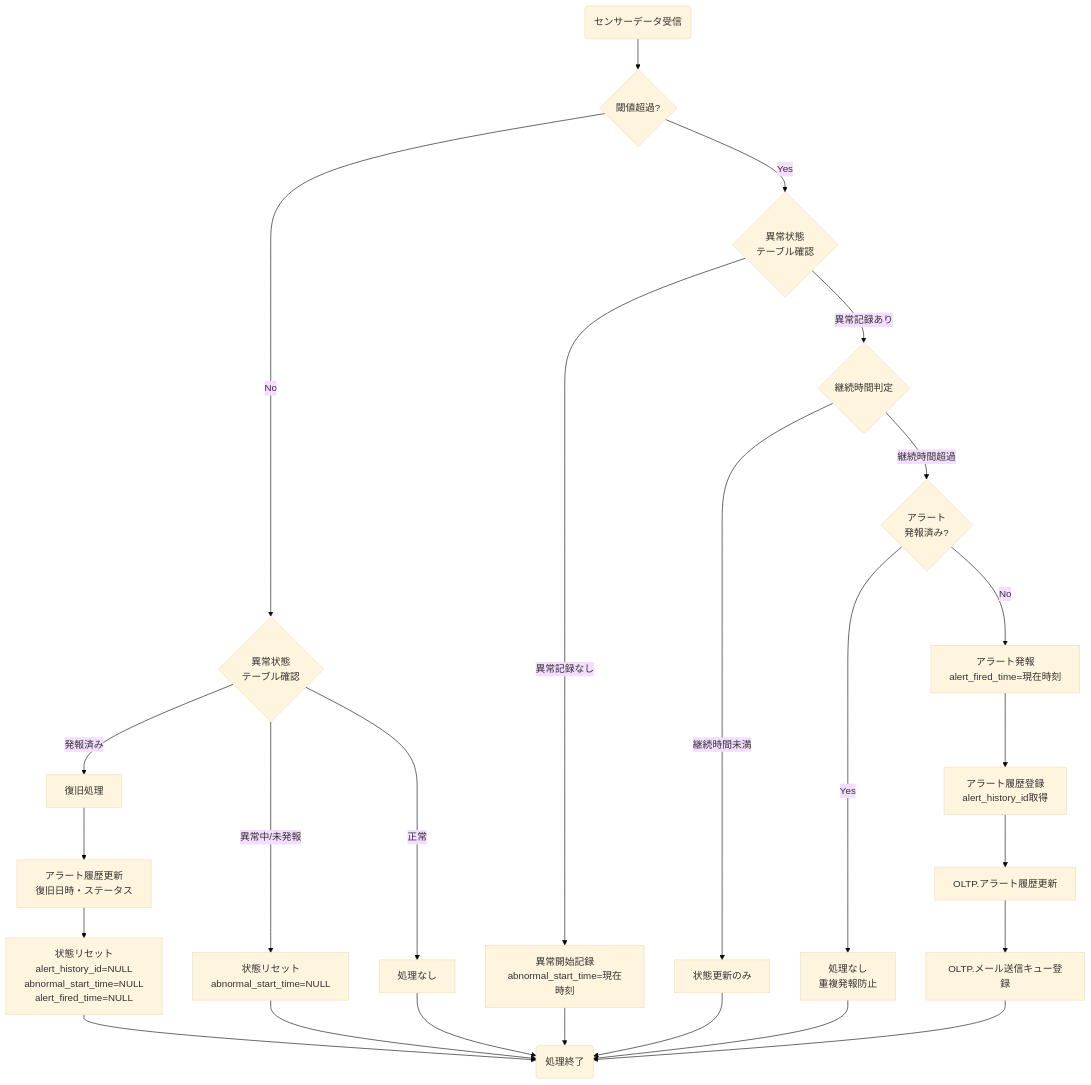
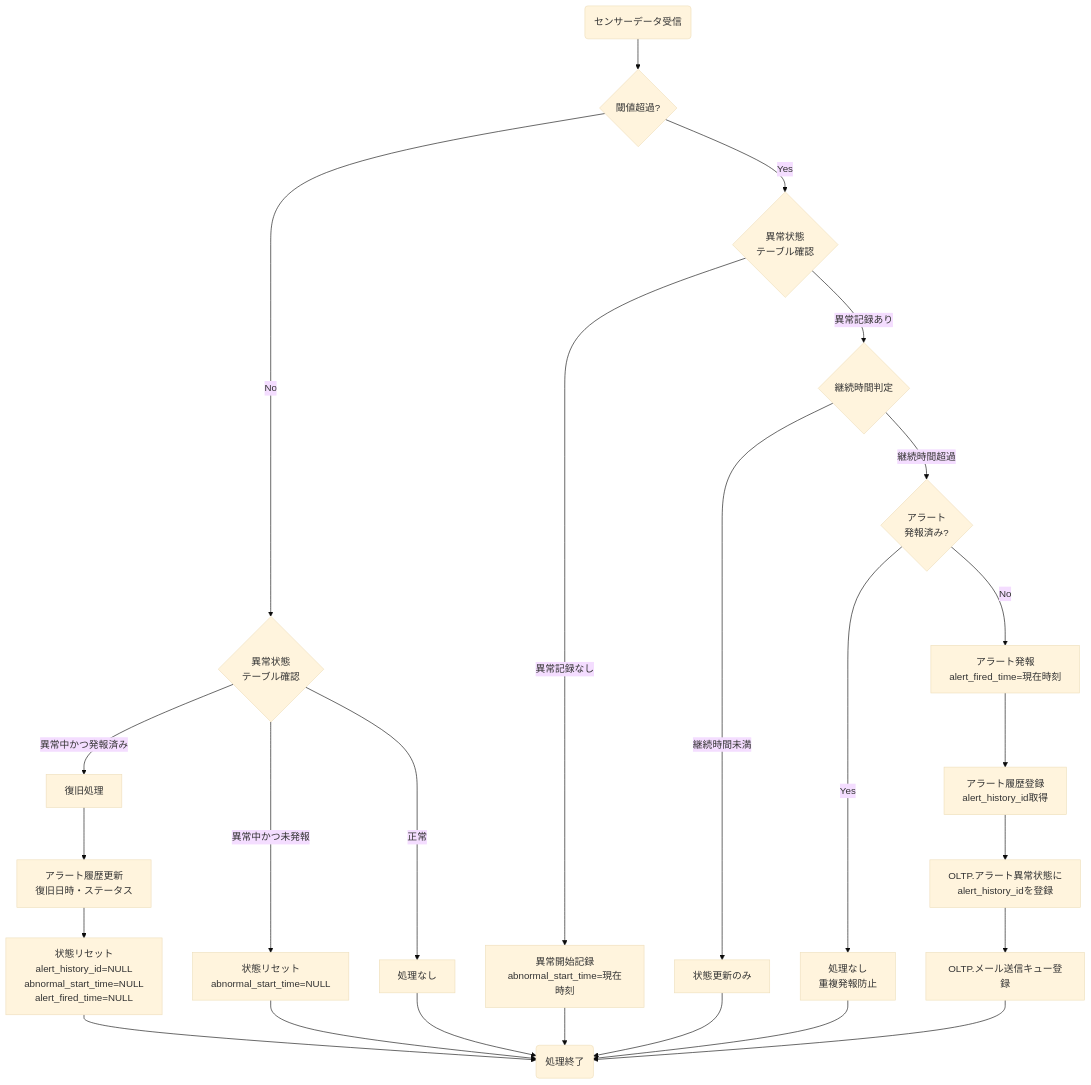
Before and after one commit to NSW-SVCP-AIWG002/Databricks-IoT: the second of 3 diagrams in docs/03-features/ldp-pipeline/silver-layer/ldp-pipeline-specification.md, drawn with Mermaid (base theme). The commit also changed other lines of this file and 2 other files, not shown here.

````diff
--- a/docs/03-features/ldp-pipeline/silver-layer/ldp-pipeline-specification.md
+++ b/docs/03-features/ldp-pipeline/silver-layer/ldp-pipeline-specification.md
@@ -476,35 +476,35 @@
 ```mermaid
 flowchart TD
     Sensor(センサーデータ受信) --> Threshold{閾値超過?}
 
     Threshold -->|No| CheckState1{異常状態<br>テーブル確認}
-    CheckState1 -->|発報済み| RecoveryProcess[復旧処理]
-    CheckState1 -->|異常中/未発報| ResetState[状態リセット<br>abnormal_start_time=NULL]
+    CheckState1 -->|異常中かつ発報済み| RecoveryProcess[復旧処理]
+    CheckState1 -->|異常中かつ未発報| ResetState[状態リセット<br>abnormal_start_time=NULL]
     CheckState1 -->|正常| NoAction1[処理なし]
 
     RecoveryProcess --> UpdateHistory[アラート履歴更新<br>復旧日時・ステータス]
     UpdateHistory --> ResetStateWithHistory[状態リセット<br>alert_history_id=NULL<br>abnormal_start_time=NULL<br>alert_fired_time=NULL]
 
     Threshold -->|Yes| CheckState2{異常状態<br>テーブル確認}
     CheckState2 -->|異常記録なし| StartAbnormal[異常開始記録<br>abnormal_start_time=現在時刻]
     CheckState2 -->|異常記録あり| CheckDuration{継続時間判定}
 
     CheckDuration -->|継続時間未満| UpdateState[状態更新のみ]
     CheckDuration -->|継続時間超過| CheckFired{アラート<br>発報済み?}
 
     CheckFired -->|Yes| NoAction2[処理なし<br>重複発報防止]
     CheckFired -->|No| FireAlert[アラート発報<br>alert_fired_time=現在時刻]
 
     FireAlert --> InsertHistory[アラート履歴登録<br>alert_history_id取得]
-    InsertHistory --> UpdateOLTP[OLTP.アラート履歴更新]
+    InsertHistory --> UpdateOLTP[OLTP.アラート異常状態に<br>alert_history_idを登録]
     UpdateOLTP --> Queue[OLTP.メール送信キュー登録]
 
     ResetStateWithHistory　--> End(処理終了)
     ResetState --> End
     NoAction1 --> End
     StartAbnormal --> End
     UpdateState --> End
     NoAction2 --> End
     Queue --> End
 
 ```
````
